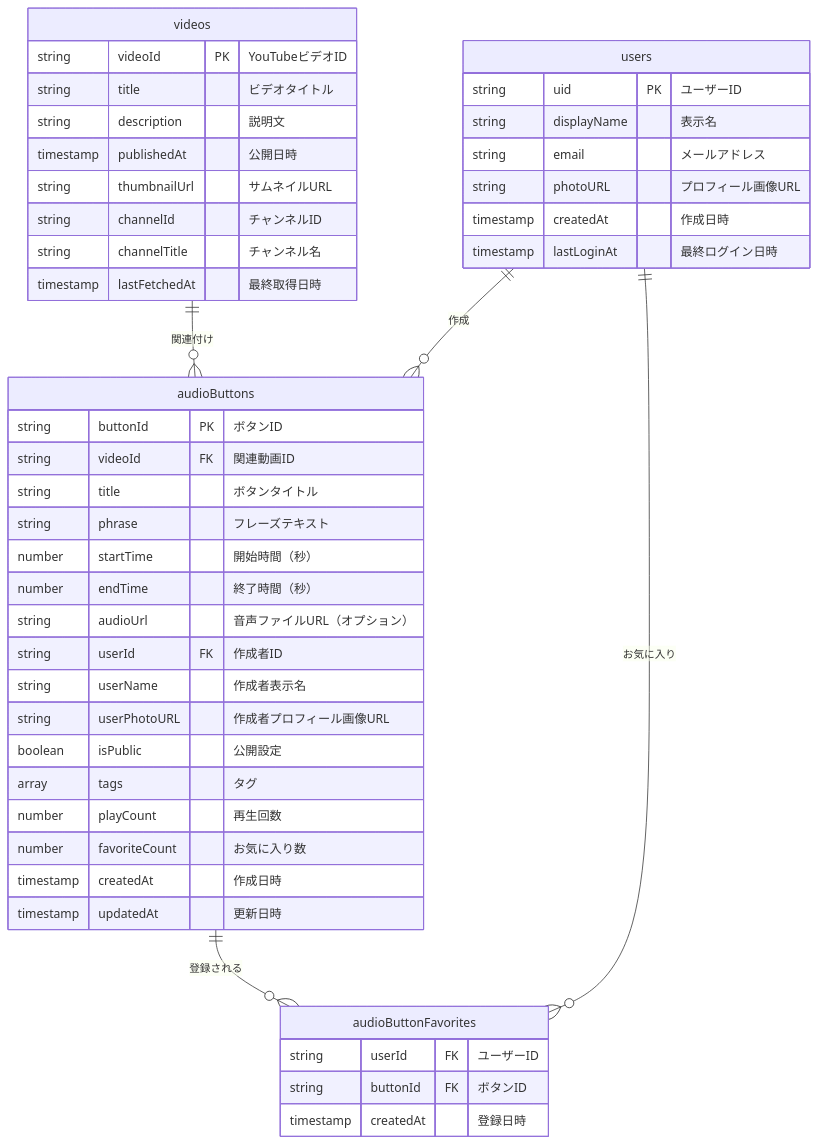
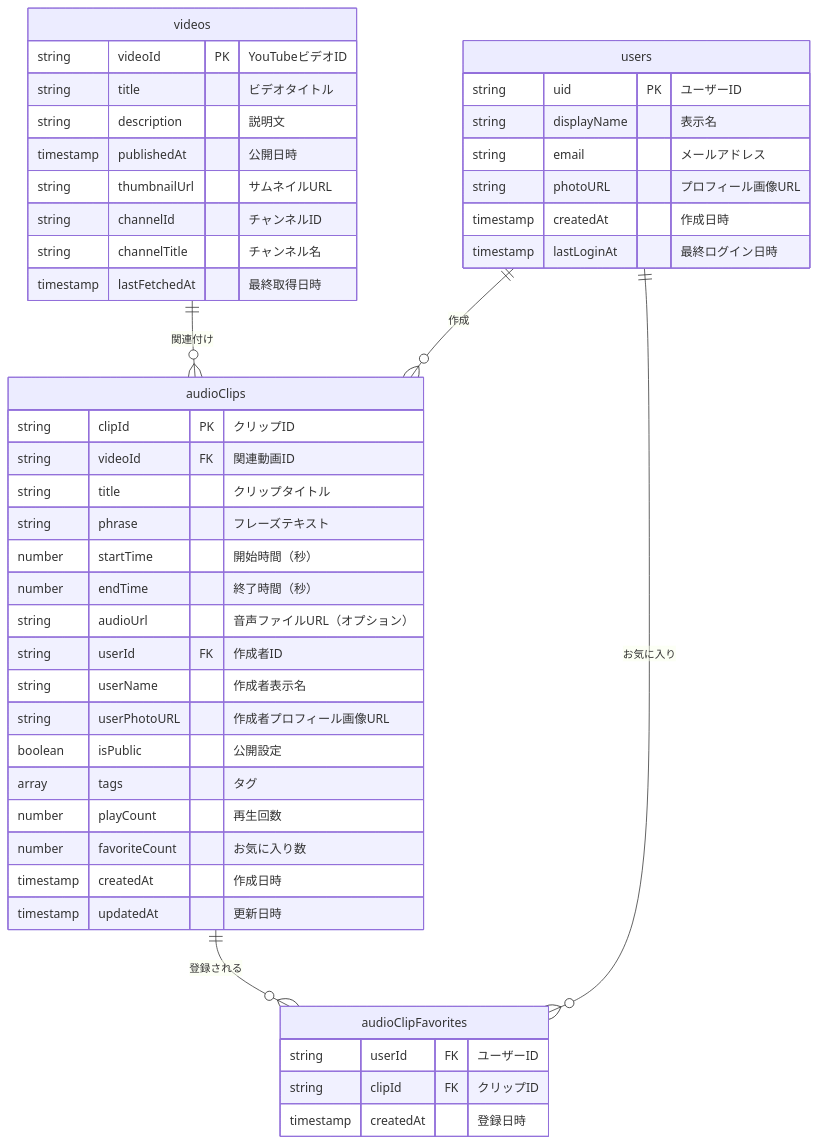
Before and after one commit to nothink-jp/suzumina.click: the first of 2 diagrams in docs/AUDIO_CLIP_DESIGN.md, drawn with Mermaid. The commit also changed other lines of this file and 4 other files, not shown here.

Commit message:
feat: timeline feature

````diff
--- a/docs/AUDIO_CLIP_DESIGN.md
+++ b/docs/AUDIO_CLIP_DESIGN.md
@@ -21,52 +21,52 @@
 ```mermaid
 erDiagram
-    videos ||--o{ audioButtons : "関連付け"
-    users ||--o{ audioButtons : "作成"
-    users ||--o{ audioButtonFavorites : "お気に入り"
-    audioButtons ||--o{ audioButtonFavorites : "登録される"
+    videos ||--o{ audioClips : "関連付け"
+    users ||--o{ audioClips : "作成"
+    users ||--o{ audioClipFavorites : "お気に入り"
+    audioClips ||--o{ audioClipFavorites : "登録される"
 
     videos {
         string videoId PK "YouTubeビデオID"
         string title "ビデオタイトル"
         string description "説明文"
         timestamp publishedAt "公開日時"
         string thumbnailUrl "サムネイルURL"
         string channelId "チャンネルID"
         string channelTitle "チャンネル名"
         timestamp lastFetchedAt "最終取得日時"
     }
 
     users {
         string uid PK "ユーザーID"
         string displayName "表示名"
         string email "メールアドレス"
         string photoURL "プロフィール画像URL"
         timestamp createdAt "作成日時"
         timestamp lastLoginAt "最終ログイン日時"
     }
 
-    audioButtons {
-        string buttonId PK "ボタンID"
+    audioClips {
+        string clipId PK "クリップID"
         string videoId FK "関連動画ID"
-        string title "ボタンタイトル"
+        string title "クリップタイトル"
         string phrase "フレーズテキスト"
         number startTime "開始時間（秒）"
         number endTime "終了時間（秒）"
         string audioUrl "音声ファイルURL（オプション）"
         string userId FK "作成者ID"
         string userName "作成者表示名"
         string userPhotoURL "作成者プロフィール画像URL"
         boolean isPublic "公開設定"
         array tags "タグ"
         number playCount "再生回数"
         number favoriteCount "お気に入り数"
         timestamp createdAt "作成日時"
         timestamp updatedAt "更新日時"
     }
 
-    audioButtonFavorites {
+    audioClipFavorites {
         string userId FK "ユーザーID"
-        string buttonId FK "ボタンID"
+        string clipId FK "クリップID"
         timestamp createdAt "登録日時"
     }
 ```
````
